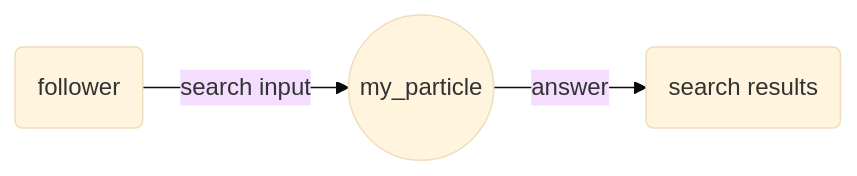
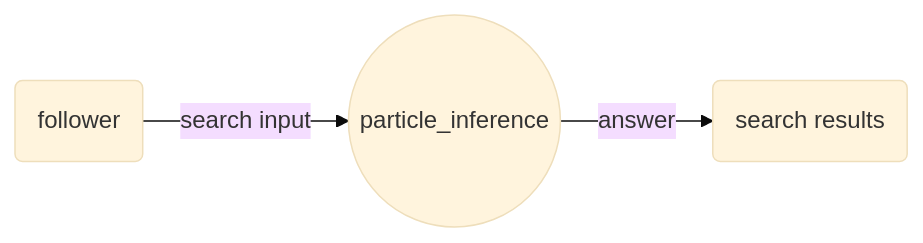
Before and after one commit to cybercongress/cyb-ts: the second of 2 diagrams in docs/scripting.md, drawn with Mermaid (base theme). The commit also changed other lines of this file and 17 other files, not shown here.

````diff
--- a/docs/scripting.md
+++ b/docs/scripting.md
@@ -49,4 +49,4 @@
 ```mermaid
 graph LR
-E(follower) -- search input --> C(("my_particle")) -- answer --> D(search results)
+E(follower) -- search input --> C(("particle_inference")) -- answer --> D(search results)
 ```
````
